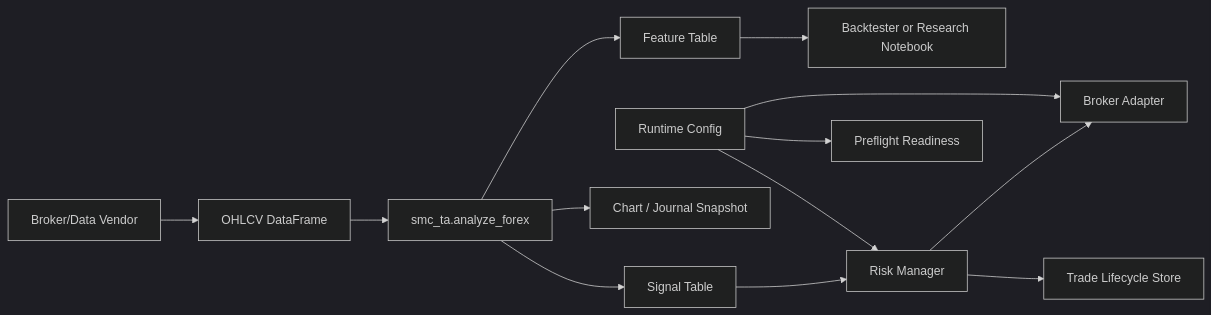
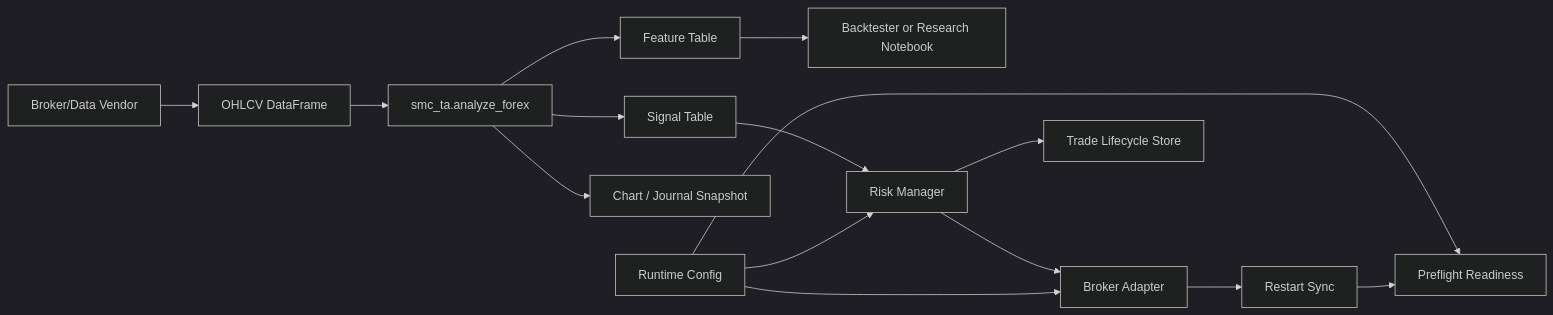
The diagram in docs/BOT_INTEGRATION.md (primebdsm/smcandta), drawn with Mermaid (dark theme) before and after one commit. The commit also changed other lines of this file and 18 other files, not shown here.

Commit message:
Add broker restart sync recovery

````diff
--- a/docs/BOT_INTEGRATION.md
+++ b/docs/BOT_INTEGRATION.md
@@ -5,15 +5,17 @@
 ```mermaid
 flowchart LR
   A["Broker/Data Vendor"] --> B["OHLCV DataFrame"]
   B --> C["smc_ta.analyze_forex"]
   C --> D["Feature Table"]
   C --> E["Signal Table"]
   D --> F["Backtester or Research Notebook"]
   E --> G["Risk Manager"]
   G --> H["Broker Adapter"]
   G --> J["Trade Lifecycle Store"]
   C --> I["Chart / Journal Snapshot"]
   K["Runtime Config"] --> G
   K --> H
   K --> L["Preflight Readiness"]
+  H --> M["Restart Sync"]
+  M --> L
 ```
````
